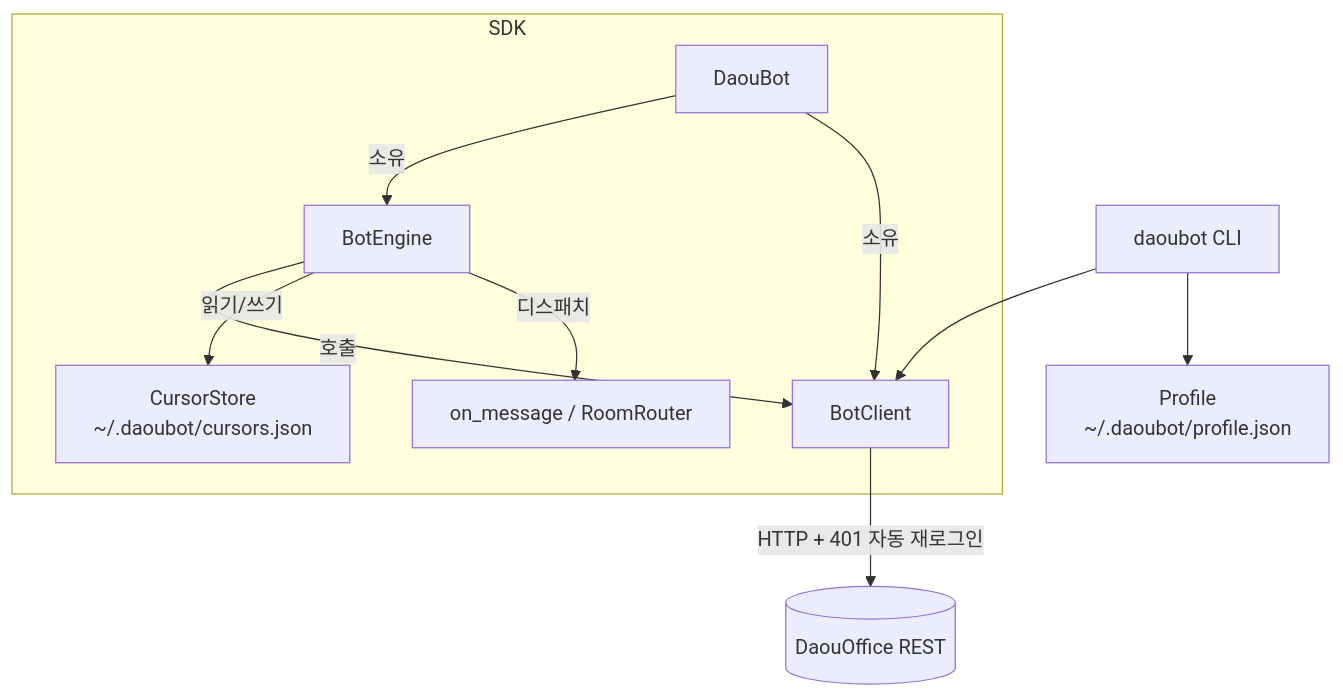
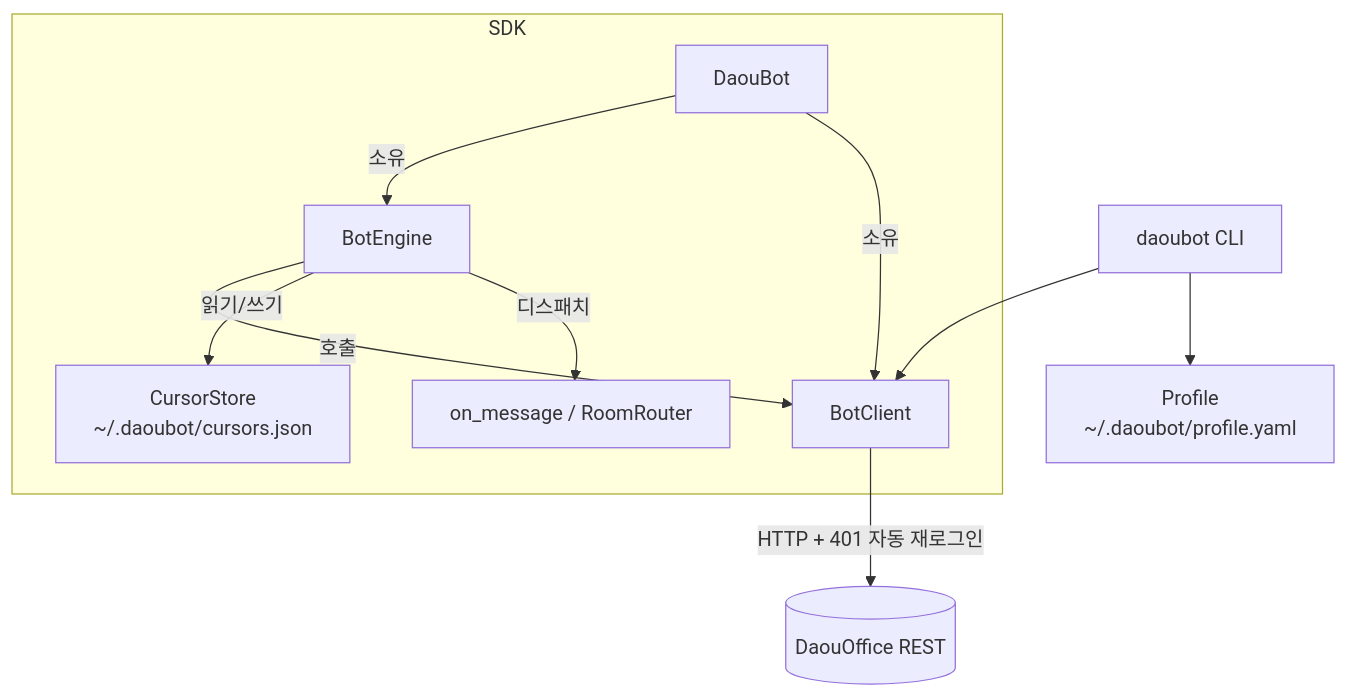
One commit to junsik/python-daouoffice-bot changed the second of 4 diagrams in docs/ARCHITECTURE.md. Above: the diagram before and after it, drawn with Mermaid. The commit also changed other lines of this file and 14 other files, not shown here.

First line of the commit message:
Profile YAML + app config tier (read-only merge with downstream YAMLs)

````diff
--- a/docs/ARCHITECTURE.md
+++ b/docs/ARCHITECTURE.md
@@ -43,15 +43,15 @@
 ```mermaid
 flowchart TD
     CLI[daoubot CLI] --> BotClient
-    CLI --> Profile["Profile<br/>~/.daoubot/profile.json"]
+    CLI --> Profile["Profile<br/>~/.daoubot/profile.yaml"]
 
     subgraph SDK
         DaouBot -->|소유| BotEngine
         DaouBot -->|소유| BotClient
         BotEngine -->|호출| BotClient
         BotEngine -->|읽기/쓰기| CursorStore["CursorStore<br/>~/.daoubot/cursors.json"]
         BotEngine -->|디스패치| PF["on_message / RoomRouter"]
     end
 
     BotClient -->|HTTP + 401 자동 재로그인| API[(DaouOffice REST)]
 ```
````
